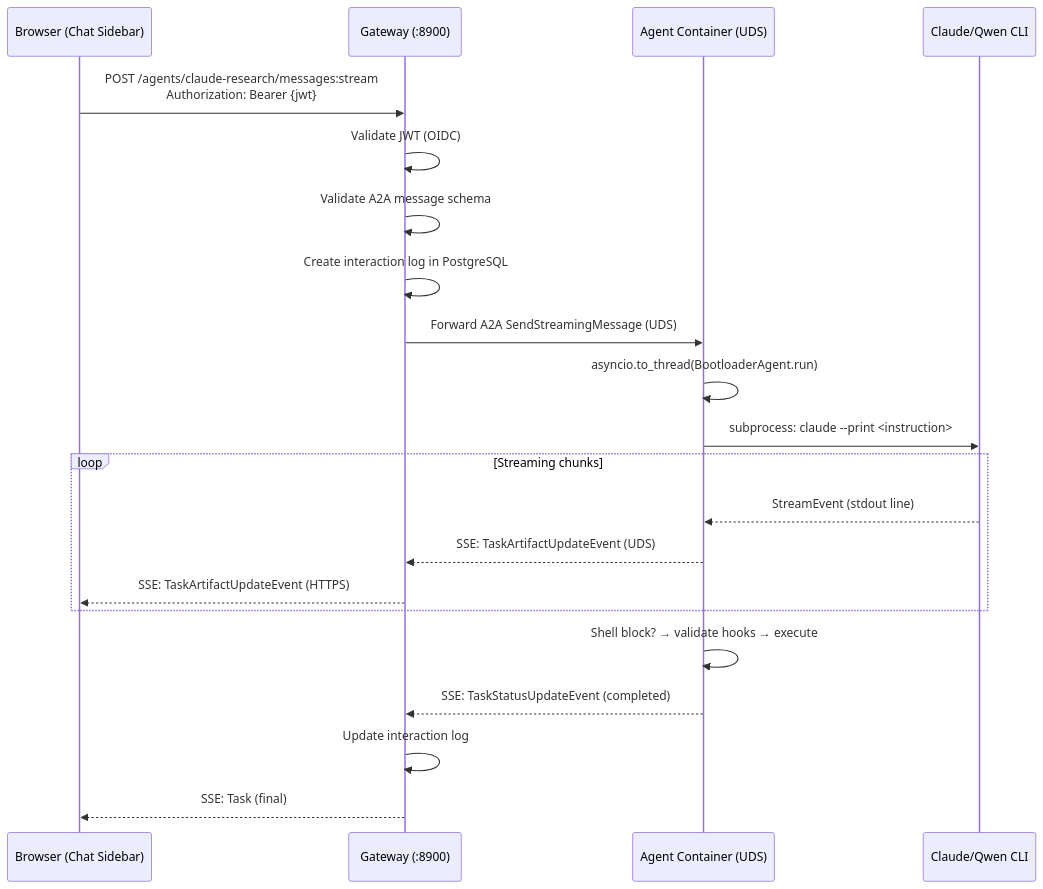
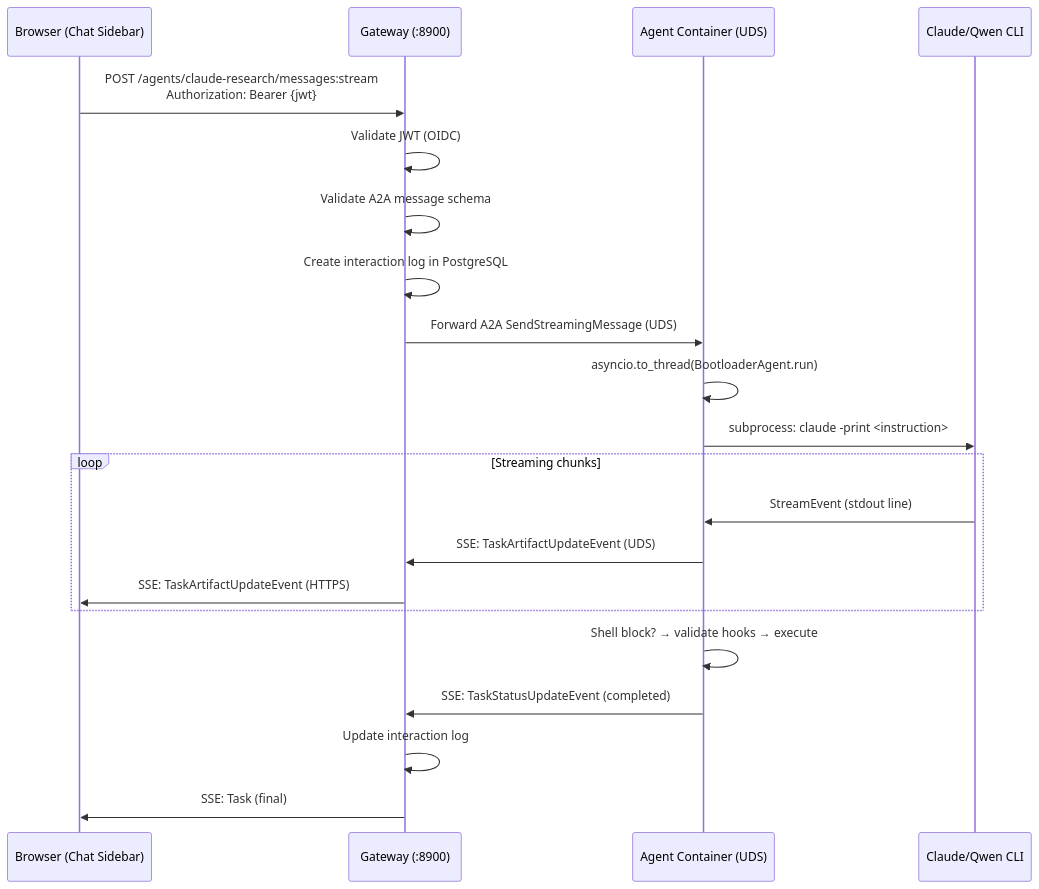
The third of 4 diagrams in docs/archive/v2/ARCH-AGENT-ECOSYSTEM.md (Independent-AI-Labs/WORKSPACE-VM), drawn with Mermaid before and after one commit. The commit also changed other lines of this file and 216 other files, not shown here.

````diff
--- a/docs/archive/v2/ARCH-AGENT-ECOSYSTEM.md
+++ b/docs/archive/v2/ARCH-AGENT-ECOSYSTEM.md
@@ -100,24 +100,24 @@
 ```mermaid
 sequenceDiagram
     participant B as Browser (Chat Sidebar)
     participant G as Gateway (:8900)
     participant A as Agent Container (UDS)
     participant LLM as Claude/Qwen CLI
 
     B->>G: POST /agents/claude-research/messages:stream<br/>Authorization: Bearer {jwt}
     G->>G: Validate JWT (OIDC)
     G->>G: Validate A2A message schema
     G->>G: Create interaction log in PostgreSQL
     G->>A: Forward A2A SendStreamingMessage (UDS)
     A->>A: asyncio.to_thread(BootloaderAgent.run)
-    A->>LLM: subprocess: claude --print <instruction>
+    A->>LLM: subprocess: claude -print <instruction>
     loop Streaming chunks
-        LLM-->>A: StreamEvent (stdout line)
-        A-->>G: SSE: TaskArtifactUpdateEvent (UDS)
-        G-->>B: SSE: TaskArtifactUpdateEvent (HTTPS)
+        LLM->>A: StreamEvent (stdout line)
+        A->>G: SSE: TaskArtifactUpdateEvent (UDS)
+        G->>B: SSE: TaskArtifactUpdateEvent (HTTPS)
     end
     A->>A: Shell block? → validate hooks → execute
-    A-->>G: SSE: TaskStatusUpdateEvent (completed)
+    A->>G: SSE: TaskStatusUpdateEvent (completed)
     G->>G: Update interaction log
-    G-->>B: SSE: Task (final)
+    G->>B: SSE: Task (final)
 ```
````
